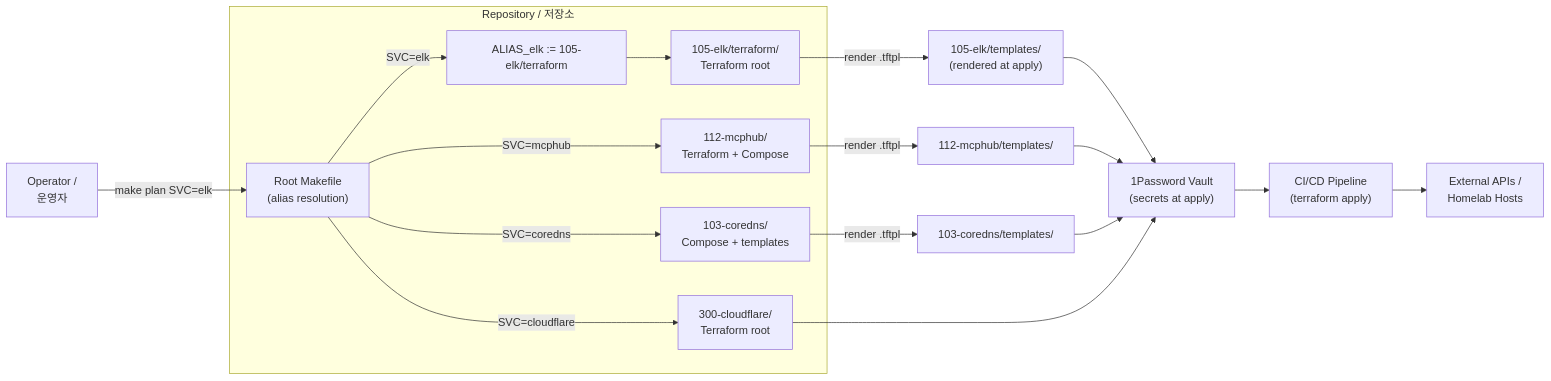
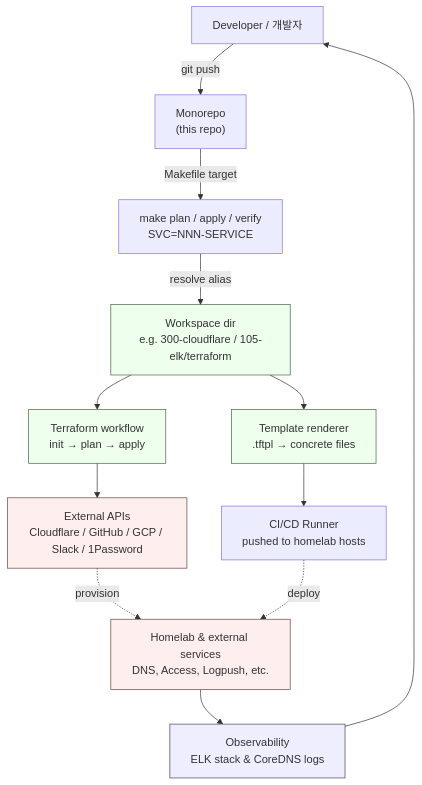
One commit to jclee941/terraform changed the diagram in README.md. Above: the diagram before and after it, drawn with Mermaid. The commit also changed other lines of this file, not shown here.

````diff
--- a/README.md
+++ b/README.md
@@ -62,24 +70,25 @@
 ```mermaid
-flowchart LR
-    User["Operator /<br/>운영자"] -->|"make plan SVC=elk"| Makefile["Root Makefile<br/>(alias resolution)"]
+flowchart TD
+    Dev["Developer / 개발자"] -->|git push| Repo["Monorepo<br/>(this repo)"]
+    Repo -->|Makefile target| Make["make plan / apply / verify<br/>SVC=NNN-SERVICE"]
+    Make -->|resolve alias| WS["Workspace dir<br/>e.g. 300-cloudflare / 105-elk/terraform"]
 
-    subgraph Repo["Repository / 저장소"]
-        Makefile -->|"SVC=elk"| Alias["ALIAS_elk := 105-elk/terraform"]
-        Alias --> ElkTF["105-elk/terraform/<br/>Terraform root"]
-        Makefile -->|"SVC=mcphub"| Mcphub["112-mcphub/<br/>Terraform + Compose"]
-        Makefile -->|"SVC=coredns"| Coredns["103-coredns/<br/>Compose + templates"]
-        Makefile -->|"SVC=cloudflare"| CFTF["300-cloudflare/<br/>Terraform root"]
-    end
+    WS --> TFL["Terraform workflow<br/>init &rarr; plan &rarr; apply"]
+    WS --> TPL["Template renderer<br/>.tftpl &rarr; concrete files"]
 
-    ElkTF -->|"render .tftpl"| ElkTpl["105-elk/templates/<br/>(rendered at apply)"]
-    Mcphub -->|"render .tftpl"| McpTpl["112-mcphub/templates/"]
-    Coredns -->|"render .tftpl"| CoreTpl["103-coredns/templates/"]
+    TFL --> Ext["External APIs<br/>Cloudflare / GitHub / GCP / Slack / 1Password"]
+    TPL --> Runner["CI/CD Runner<br/>pushed to homelab hosts"]
 
-    ElkTpl --> Secrets["1Password Vault<br/>(secrets at apply)"]
-    McpTpl --> Secrets
-    CoreTpl --> Secrets
-    CFTF --> Secrets
+    Ext -.provision.-> Hosts["Homelab &amp; external services<br/>DNS, Access, Logpush, etc."]
+    Runner -.deploy.-> Hosts
 
-    Secrets --> Apply["CI/CD Pipeline<br/>(terraform apply)"]
-    Apply --> Targets["External APIs /<br/>Homelab Hosts"]
+    Hosts --> Obs["Observability<br/>ELK stack &amp; CoreDNS logs"]
+    Obs --> Dev
+
+    classDef ext fill:#eef,stroke:#446;
+    classDef ws fill:#efe,stroke:#464;
+    classDef host fill:#fee,stroke:#644;
+    class Ext,Hosts host;
+    class WS,TFL,TPL ws;
+    class Obs ext;
 ```
````
